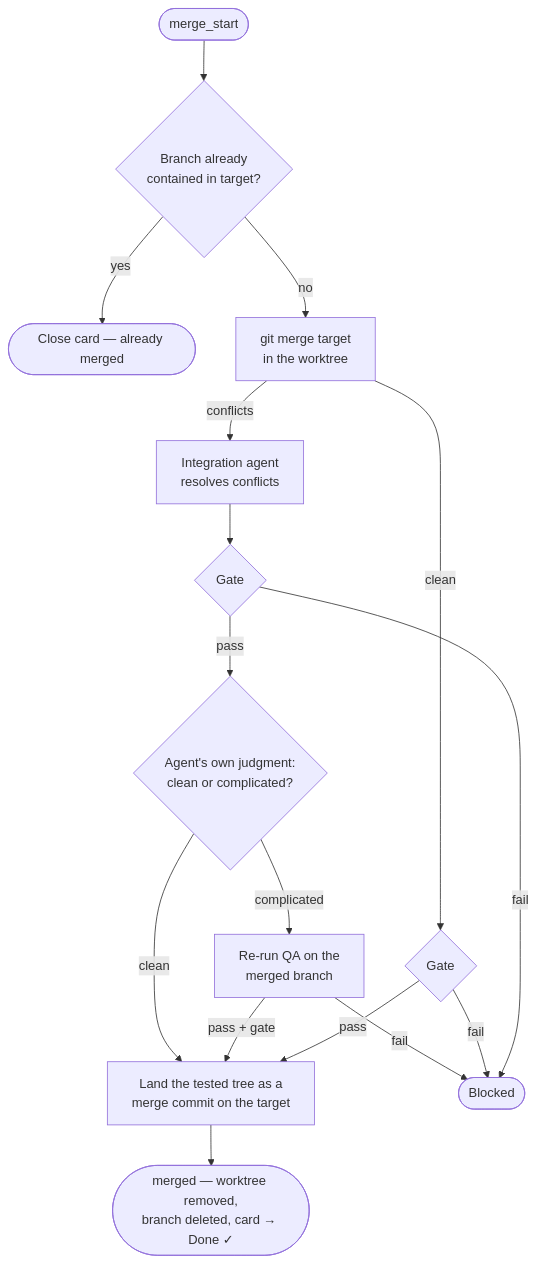
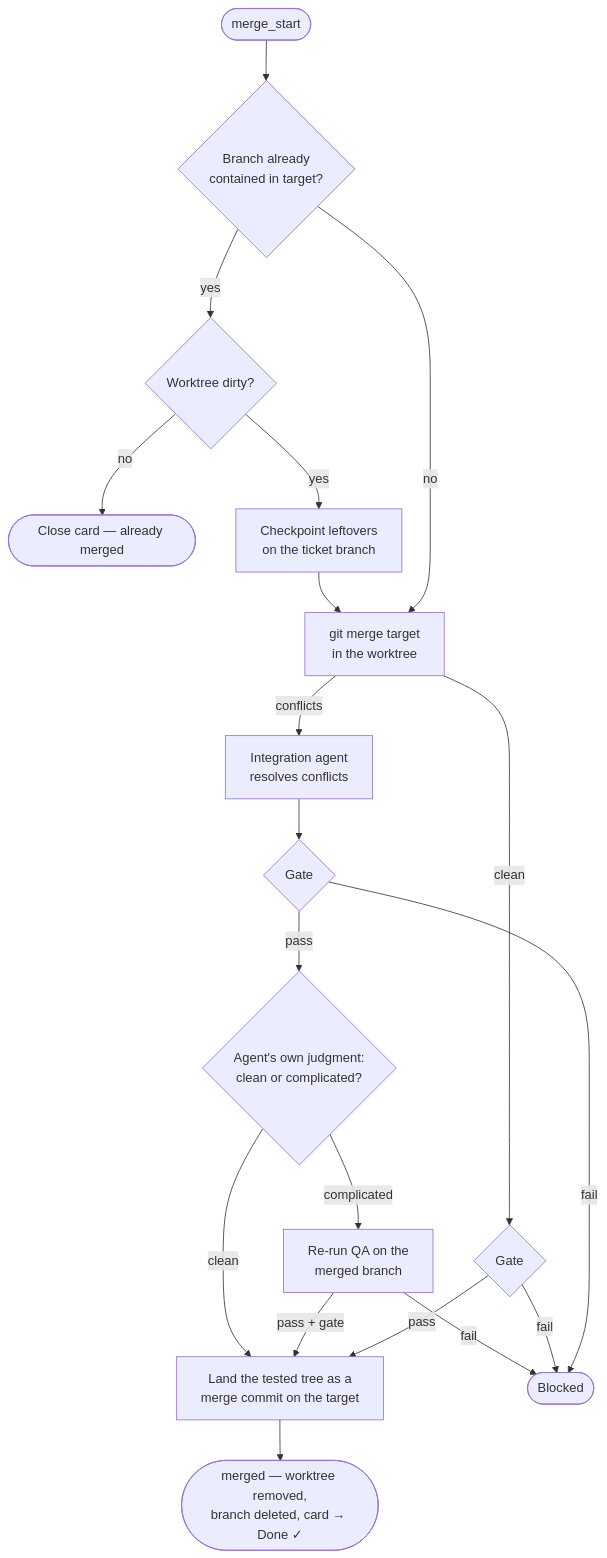
One commit to rdaruszka/jfdi changed the diagram in docs/guide/integration.md. Above: the diagram before and after it, drawn with Mermaid. The commit also changed other lines of this file and 2 other files, not shown here.

````diff
--- a/docs/guide/integration.md
+++ b/docs/guide/integration.md
@@ -14,18 +14,21 @@
 ```mermaid
 flowchart TD
     START([merge_start]) --> AM{Branch already<br/>contained in target?}
-    AM -->|yes| CLOSE([Close card — already merged])
+    AM -->|yes| DIRTY{Worktree dirty?}
+    DIRTY -->|no| CLOSE([Close card — already merged])
+    DIRTY -->|yes| CHECKPOINT[Checkpoint leftovers<br/>on the ticket branch]
+    CHECKPOINT --> MERGE
     AM -->|no| MERGE[git merge target<br/>in the worktree]
     MERGE -->|clean| GATE1{Gate}
     MERGE -->|conflicts| AGENT[Integration agent<br/>resolves conflicts]
     AGENT --> GATE2{Gate}
     GATE2 -->|pass| JUDGE{Agent's own judgment:<br/>clean or complicated?}
     JUDGE -->|clean| LAND
     JUDGE -->|complicated| REQA[Re-run QA on the<br/>merged branch]
     REQA -->|pass + gate| LAND[Land the tested tree as a<br/>merge commit on the target]
     REQA -->|fail| BLOCKED([Blocked])
     GATE1 -->|pass| LAND
     GATE1 -->|fail| BLOCKED
     GATE2 -->|fail| BLOCKED
     LAND --> DONE([merged — worktree removed,<br/>branch deleted, card → Done ✓])
 ```
````
